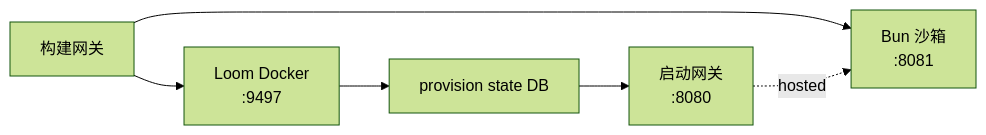
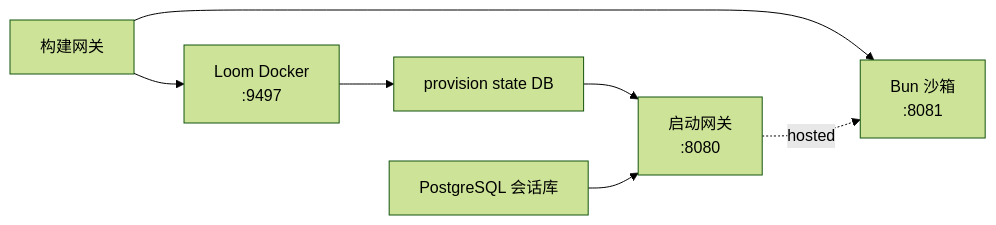
Before and after one commit to KonghaYao/peri: the first of 3 diagrams in peri-swarm/README.md, drawn with Mermaid (forest theme). The commit also changed other lines of this file and 167 other files, not shown here.

First line of the commit message:
feat(sessions): 远程会话存储切换为 PostgreSQL

````diff
--- a/peri-swarm/README.md
+++ b/peri-swarm/README.md
@@ -90,8 +89,9 @@
 ```mermaid
 flowchart LR
   BUILD["构建网关"] --> LOOM["Loom Docker<br/>:9497"]
   LOOM --> PROV["provision state DB"]
   PROV --> GW["启动网关<br/>:8080"]
+  PG["PostgreSQL 会话库"] --> GW
   BUILD --> BUN["Bun 沙箱<br/>:8081"]
   GW -.->|"hosted"| BUN
 ```
````
